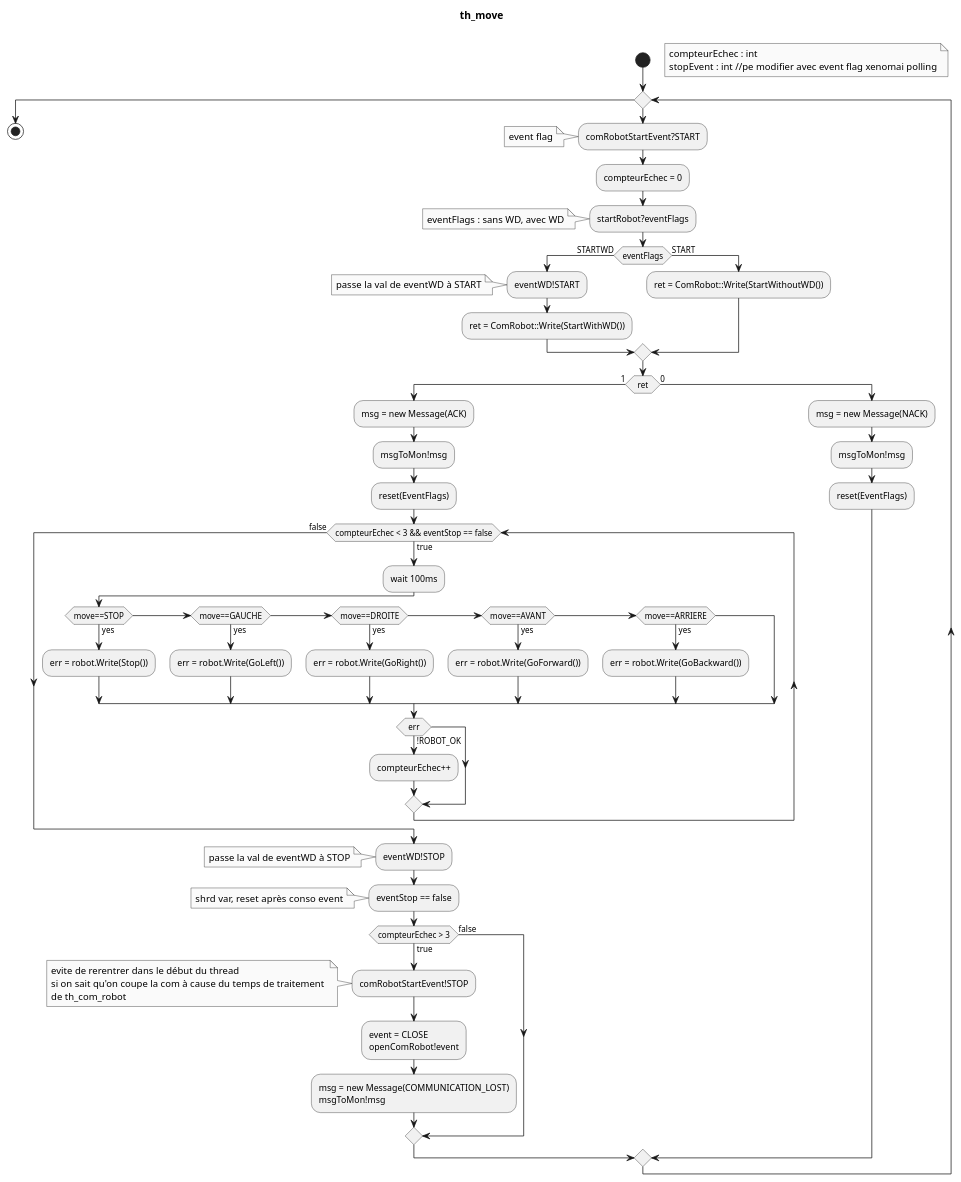
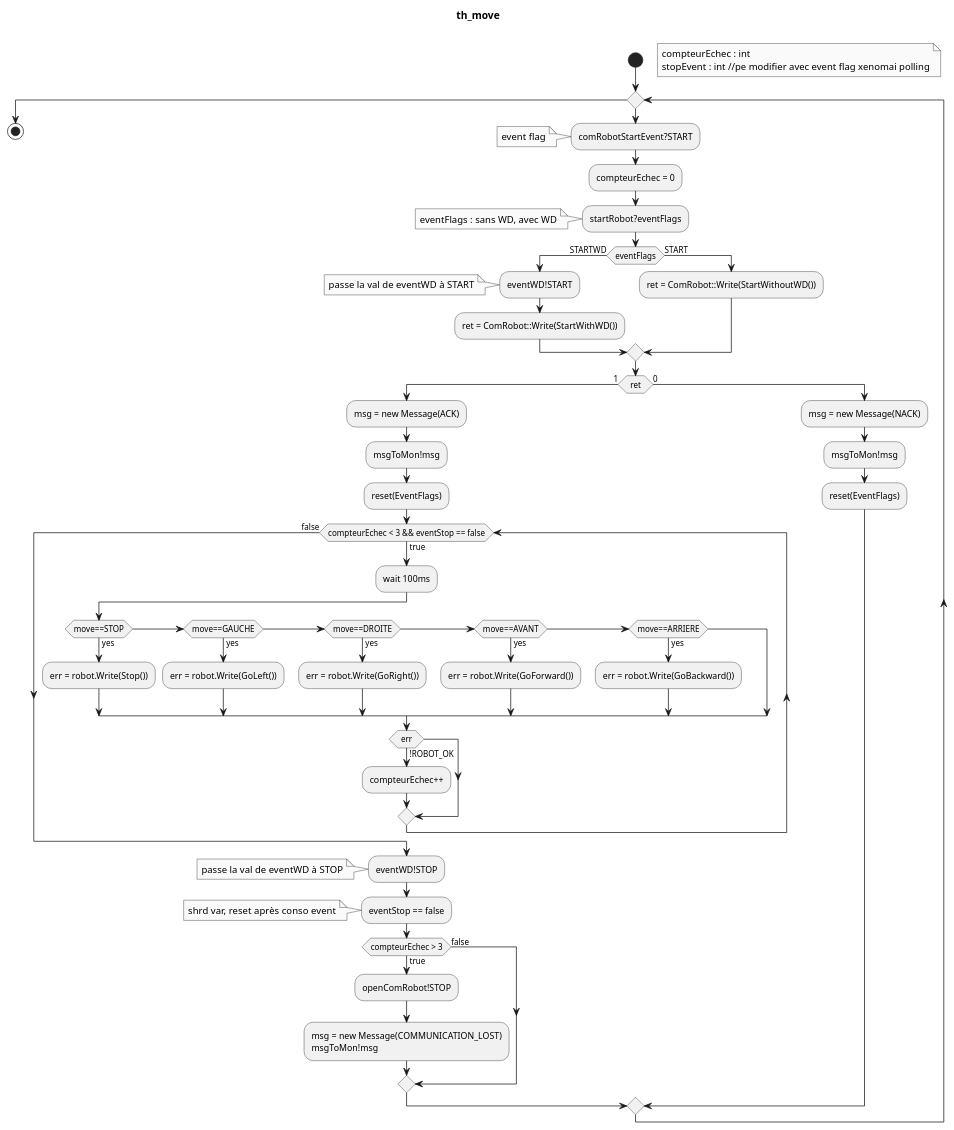
The diagram in diags/th_move.puml (Bobillot/BE_Temps_Reel), drawn with PlantUML before and after one commit.

Commit message:
correct move

```diff
--- a/diags/th_move.puml
+++ b/diags/th_move.puml
@@ -1,84 +1,83 @@
 @startuml
 
 skinparam monochrome true
 title th_move \n
 
 
 start
 
 floating note right
 compteurEchec : int
 stopEvent : int //pe modifier avec event flag xenomai polling
 endnote
 
 while ()
     :comRobotStartEvent?START;
     note : event flag
     :compteurEchec = 0;
 
     :startRobot?eventFlags;
     note
     eventFlags : sans WD, avec WD
     endnote
 
     if (eventFlags) then (STARTWD)
         :eventWD!START;
     note : passe la val de eventWD à START
         :ret = ComRobot::Write(StartWithWD());
     else (START)
     :ret = ComRobot::Write(StartWithoutWD());
     endif
     
     if (ret) then (1)
     
     :msg = new Message(ACK);
 
     :msgToMon!msg;
 
     :reset(EventFlags);
 
     while (compteurEchec < 3 && eventStop == false) is (true)
         :wait 100ms;
         if (move==STOP) then (yes)
             :err = robot.Write(Stop());
         elseif (move==GAUCHE) then (yes)
             :err = robot.Write(GoLeft());
         elseif (move==DROITE) then (yes)
             :err = robot.Write(GoRight());
         elseif (move==AVANT) then (yes)
             :err = robot.Write(GoForward());
         elseif (move==ARRIERE) then (yes)
             :err = robot.Write(GoBackward());
         endif
         if (err) then (!ROBOT_OK)
             :compteurEchec++;
         endif
     endwhile (false)
     :eventWD!STOP;
     note : passe la val de eventWD à STOP
 :eventStop == false;
 note : shrd var, reset après conso event
 
 if (compteurEchec > 3) then (true)
-    :comRobotStartEvent!STOP;
-    note 
-        evite de rerentrer dans le début du thread 
-        si on sait qu'on coupe la com à cause du temps de traitement 
-        de th_com_robot
-    endnote
-    :event = CLOSE
-    openComRobot!event;
+    ':comRobotStartEvent!STOP;
+    'note 
+    '    evite de rerentrer dans le début du thread 
+    '    si on sait qu'on coupe la com à cause du temps de traitement 
+    '    de th_com_robot
+    'endnote
+    :openComRobot!STOP;
     :msg = new Message(COMMUNICATION_LOST)
     msgToMon!msg;
 else (false)
 endif
 else (0)
     :msg = new Message(NACK);
 
     :msgToMon!msg;
 
     :reset(EventFlags);
 endif
 endwhile
 stop
 @enduml
```
